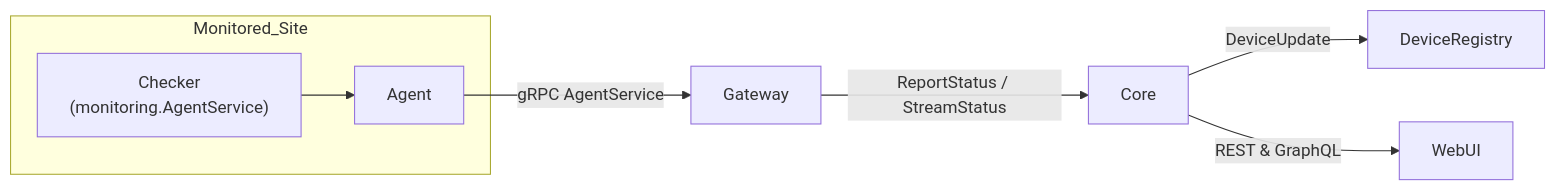
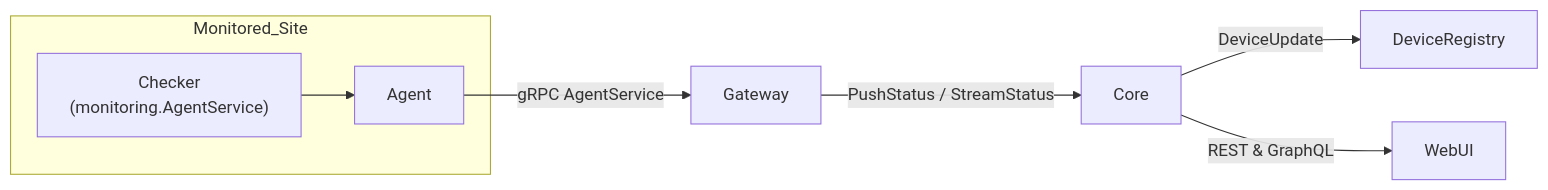
Before and after one commit to carverauto/serviceradar: the first of 2 diagrams in docs/docs/custom-checkers.md, drawn with Mermaid. The commit also changed other lines of this file and 35 other files, not shown here.

````diff
--- a/docs/docs/custom-checkers.md
+++ b/docs/docs/custom-checkers.md
@@ -16,10 +16,10 @@
 ```mermaid
 flowchart LR
     subgraph Monitored_Site
         Checker["Checker<br/>(monitoring.AgentService)"] --> Agent
     end
     Agent -->|gRPC AgentService| Gateway
-    Gateway -->|ReportStatus / StreamStatus| Core
+    Gateway -->|PushStatus / StreamStatus| Core
     Core -->|DeviceUpdate| DeviceRegistry
     Core -->|REST & GraphQL| WebUI
 ```
````
